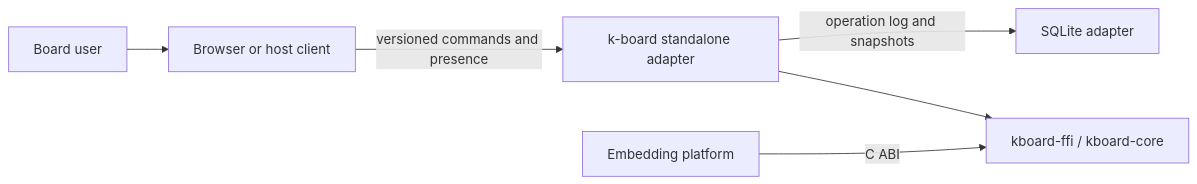
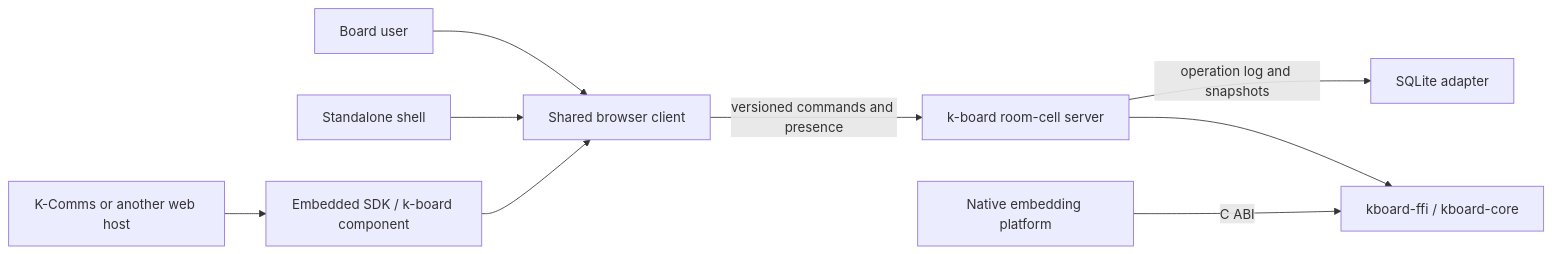
One commit to Soyuz-Tec/k-board changed the first of 4 diagrams in docs/ARCHITECTURE.md. Above: the diagram before and after it, drawn with Mermaid. The commit also changed other lines of this file and 17 other files, not shown here.

Commit message:
feat: add standalone and embedded SDK delivery

````diff
--- a/docs/ARCHITECTURE.md
+++ b/docs/ARCHITECTURE.md
@@ -59,8 +59,11 @@
 ```mermaid
 flowchart LR
-  User["Board user"] --> Client["Browser or host client"]
-  Client -->|"versioned commands and presence"| Server["k-board standalone adapter"]
+  User["Board user"] --> Client["Shared browser client"]
+  Standalone["Standalone shell"] --> Client
+  Host["K-Comms or another web host"] --> SDK["Embedded SDK / k-board component"]
+  SDK --> Client
+  Client -->|"versioned commands and presence"| Server["k-board room-cell server"]
   Server -->|"operation log and snapshots"| Store["SQLite adapter"]
-  Host["Embedding platform"] -->|"C ABI"| Engine["kboard-ffi / kboard-core"]
+  NativeHost["Native embedding platform"] -->|"C ABI"| Engine["kboard-ffi / kboard-core"]
   Server --> Engine
 ```
````
